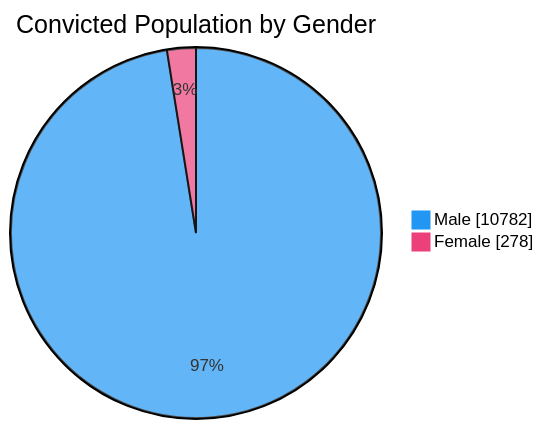
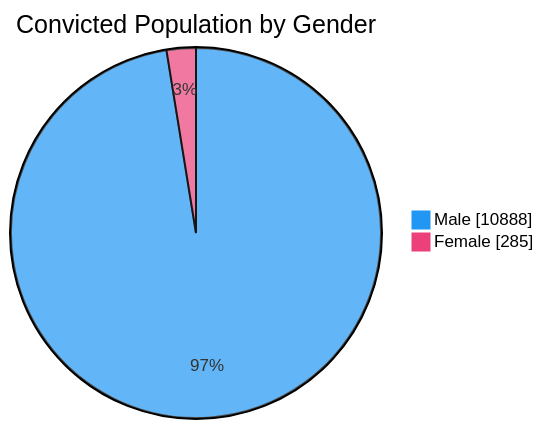
One commit to nuuuwan/lk_prisons changed the third of 7 diagrams in README.md. Above: the diagram before and after it, drawn with Mermaid. The commit also changed other lines of this file and 1 other file, not shown here.

````diff
--- a/README.md
+++ b/README.md
@@ -65,6 +65,6 @@
 ```mermaid
 %%{init: {'themeVariables': {'pie1': '#2196F3', 'pie2': '#EC407A'}}}%%
 pie showData title Convicted Population by Gender
-    "Male" : 10782
-    "Female" : 278
+    "Male" : 10888
+    "Female" : 285
 ```
````
